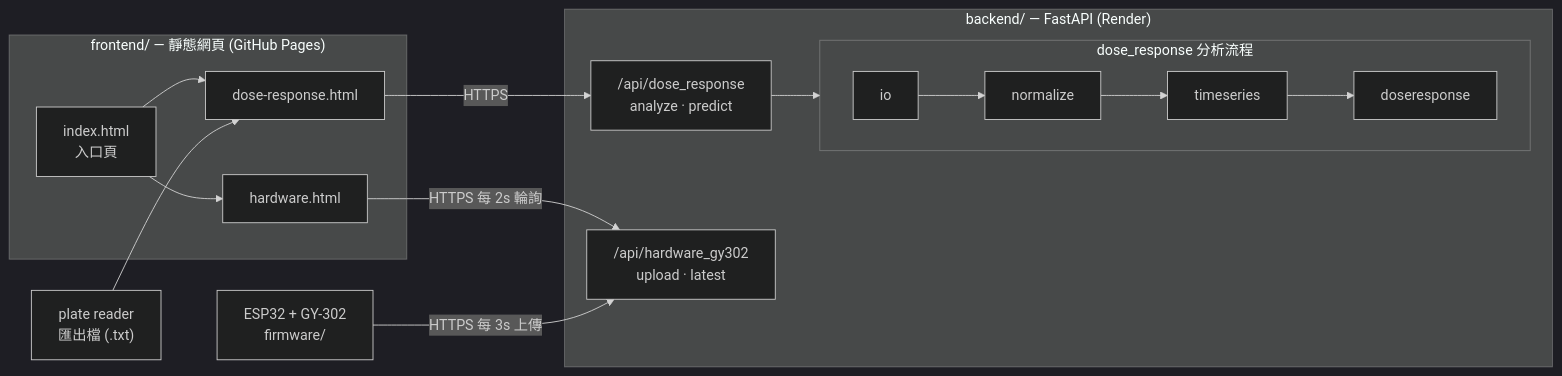
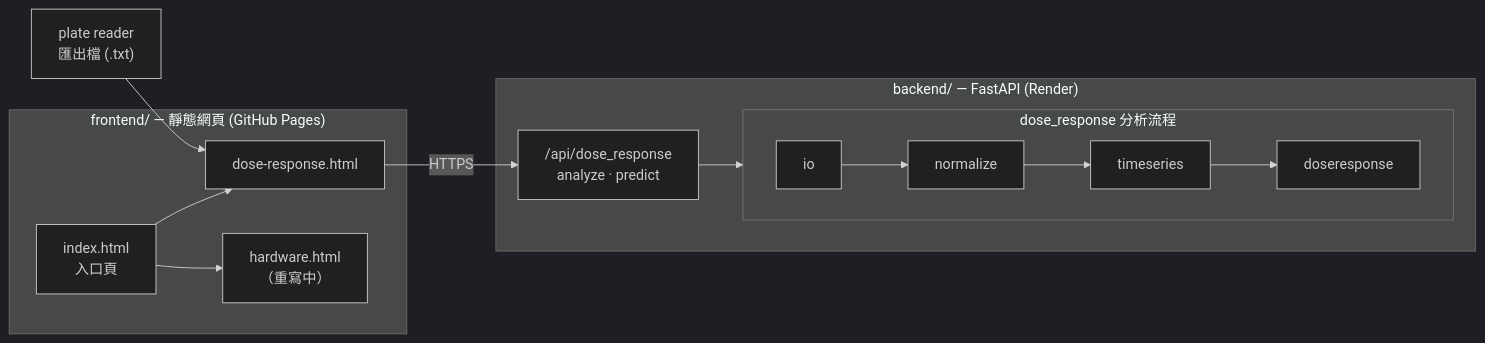
One commit to igem-ncku-software/igem-software changed the diagram in README.md. Above: the diagram before and after it, drawn with Mermaid (dark theme). The commit also changed other lines of this file and 10 other files, not shown here.

````diff
--- a/README.md
+++ b/README.md
@@ -14,28 +14,24 @@
 ```mermaid
 flowchart LR
     FILE["plate reader<br/>匯出檔 (.txt)"]
-    ESP["ESP32 + GY-302<br/>firmware/"]
 
     subgraph FE["frontend/ — 靜態網頁 (GitHub Pages)"]
         IDX["index.html<br/>入口頁"]
         DR["dose-response.html"]
-        HW["hardware.html"]
+        HW["hardware.html<br/>（重寫中）"]
         IDX --> DR
         IDX --> HW
     end
 
     subgraph BE["backend/ — FastAPI (Render)"]
         RT1["/api/dose_response<br/>analyze · predict"]
-        RT2["/api/hardware_gy302<br/>upload · latest"]
         subgraph PIPE["dose_response 分析流程"]
             direction LR
             IO["io"] --> NRM["normalize"] --> TS["timeseries"] --> DRS["doseresponse"]
         end
         RT1 --> PIPE
     end
 
     FILE --> DR
     DR -->|HTTPS| RT1
-    HW -->|"HTTPS 每 2s 輪詢"| RT2
-    ESP -->|"HTTPS 每 3s 上傳"| RT2
 ```
````
